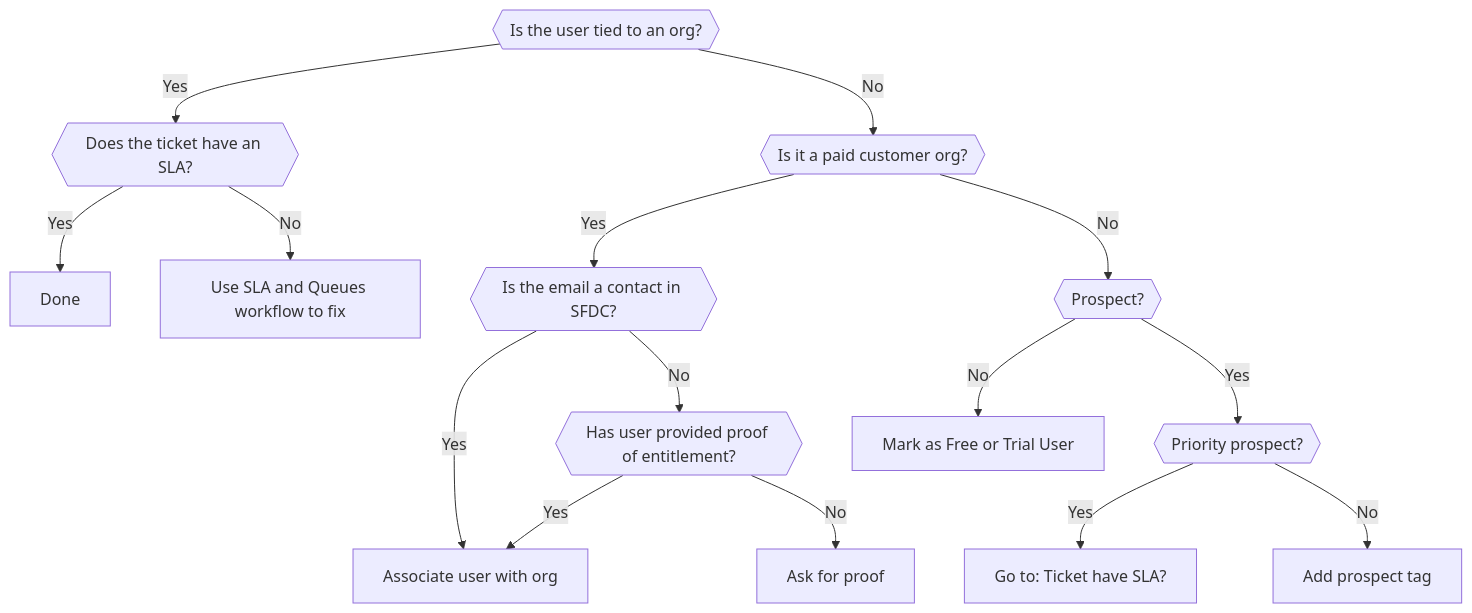
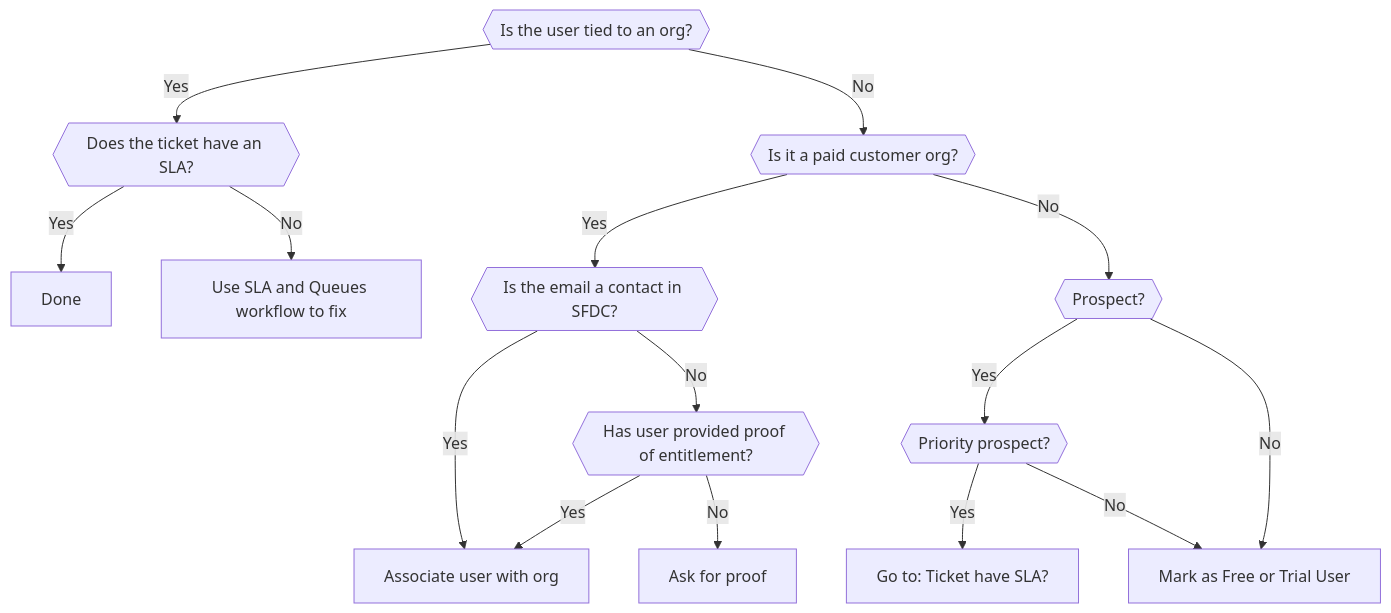
One commit to secretstartups/handbook changed the diagram in support/workflows/associating_needs_org_tickets_with_orgs.html.md. Above: the diagram before and after it, drawn with Mermaid.

Commit message:
Remove adding prospect tag in mermaid graph

````diff
--- a/support/workflows/associating_needs_org_tickets_with_orgs.html.md
+++ b/support/workflows/associating_needs_org_tickets_with_orgs.html.md
@@ -42,18 +42,18 @@
 ```mermaid
 graph TD
     A{{Is the user tied to an org?}}
     A -->|Yes| B{{Does the ticket have an SLA?}}
     B -->|Yes| E[Done]
     B -->|No| F[Use SLA and Queues workflow to fix]
     A -->|No| C{{Is it a paid customer org?}}
     C -->|Yes| G{{Is the email a contact in SFDC?}}
     G --> |Yes| I[Associate user with org]
     G --> |No| J{{Has user provided proof of entitlement?}}
     J --> |Yes| I
     J --> |No| K[Ask for proof]
     C --> |No| L{{Prospect?}}
     L --> |Yes| N{{Priority prospect?}}
     N --> |Yes| O[Go to: Ticket have SLA?]
-    N --> |No| P[Add prospect tag]
+    N --> |No| M
     L --> |No| M[Mark as Free or Trial User]
 ```
````
